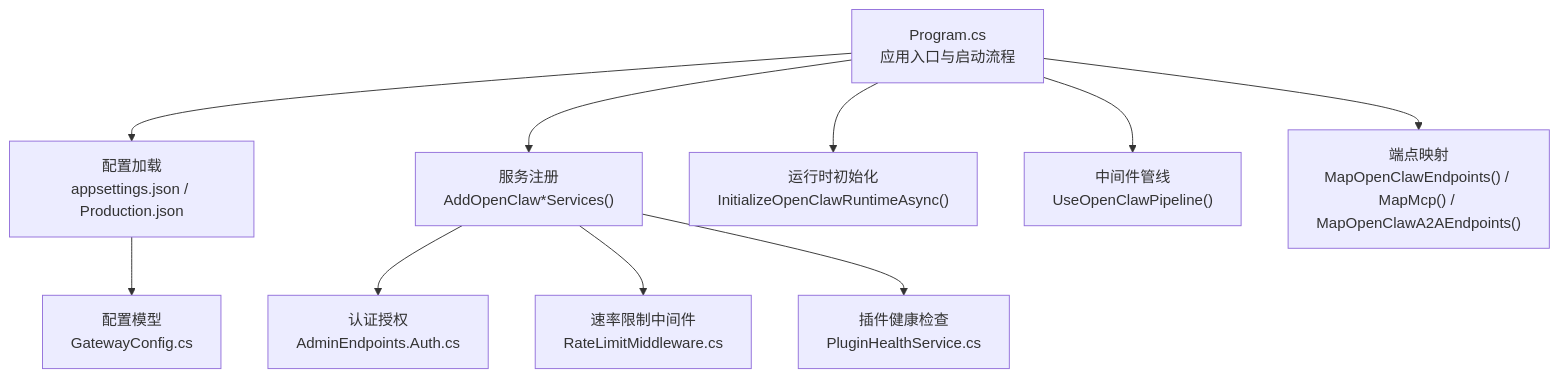
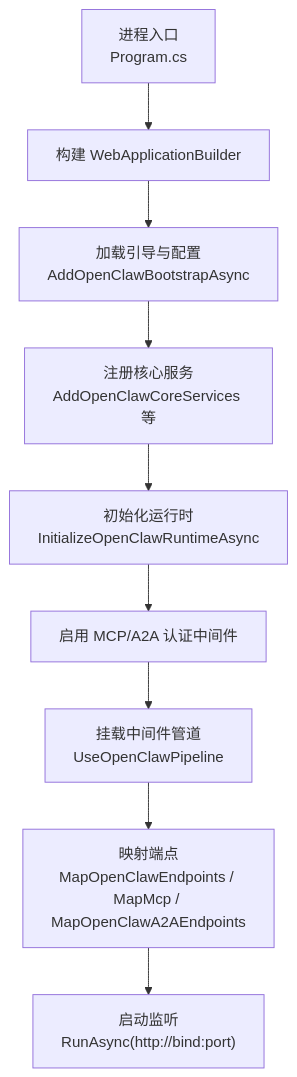
One commit to wayyet/kingcrab changed the first of 4 diagrams in .qoder/repowiki/zh/content/网关服务/网关服务.md. Above: the diagram before and after it, drawn with Mermaid. The commit also changed other lines of this file and 173 other files, not shown here.

````diff
--- a/.qoder/repowiki/zh/content/网关服务/网关服务.md
+++ b/.qoder/repowiki/zh/content/网关服务/网关服务.md
@@ -32,12 +29,11 @@
 ```mermaid
 graph TB
-A["Program.cs<br/>应用入口与启动流程"] --> B["配置加载<br/>appsettings.json / Production.json"]
-A --> C["服务注册<br/>AddOpenClaw*Services()"]
-A --> D["运行时初始化<br/>InitializeOpenClawRuntimeAsync()"]
-A --> E["中间件管线<br/>UseOpenClawPipeline()"]
-A --> F["端点映射<br/>MapOpenClawEndpoints() / MapMcp() / MapOpenClawA2AEndpoints()"]
-C --> G["认证授权<br/>AdminEndpoints.Auth.cs"]
-C --> H["速率限制中间件<br/>RateLimitMiddleware.cs"]
-C --> I["插件健康检查<br/>PluginHealthService.cs"]
-B --> J["配置模型<br/>GatewayConfig.cs"]
+A["进程入口<br/>Program.cs"] --> B["构建 WebApplicationBuilder"]
+B --> C["加载引导与配置<br/>AddOpenClawBootstrapAsync"]
+C --> D["注册核心服务<br/>AddOpenClawCoreServices 等"]
+D --> E["初始化运行时<br/>InitializeOpenClawRuntimeAsync"]
+E --> F["启用 MCP/A2A 认证中间件"]
+F --> G["挂载中间件管道<br/>UseOpenClawPipeline"]
+G --> H["映射端点<br/>MapOpenClawEndpoints / MapMcp / MapOpenClawA2AEndpoints"]
+H --> I["启动监听<br/>RunAsync(http://bind:port)"]
 ```
````
